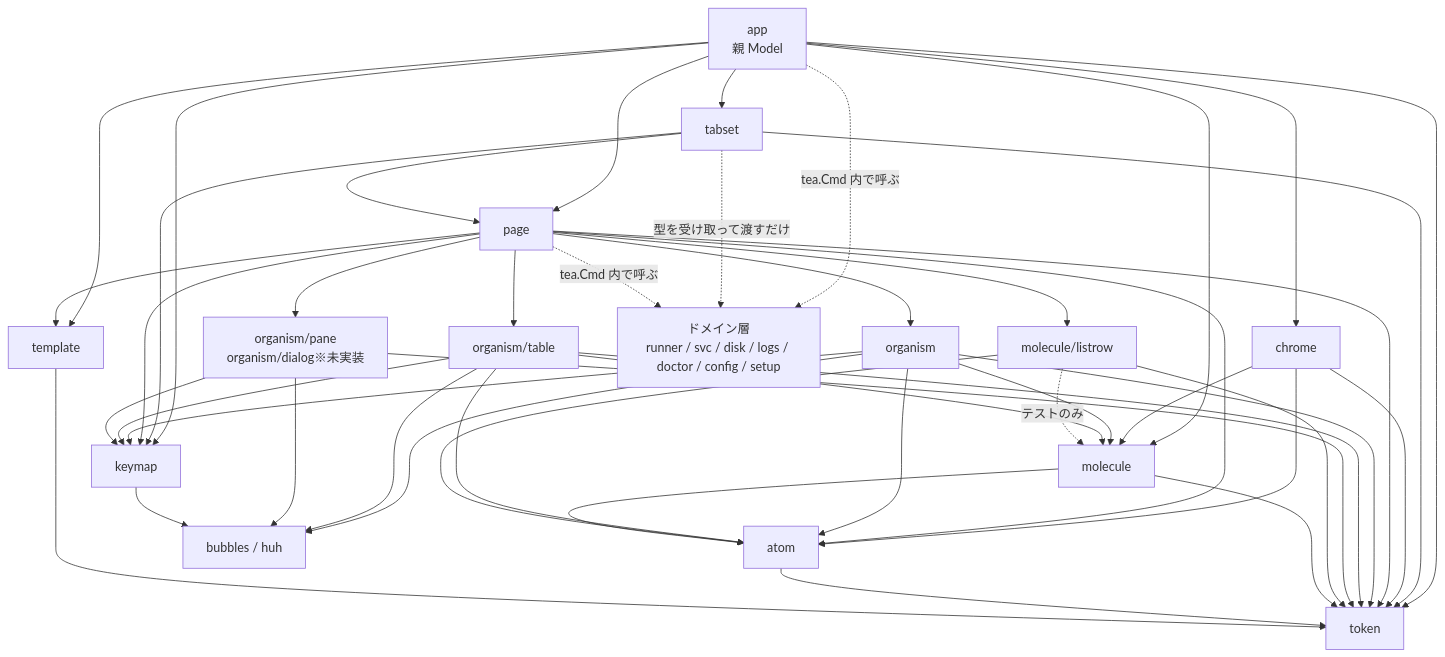
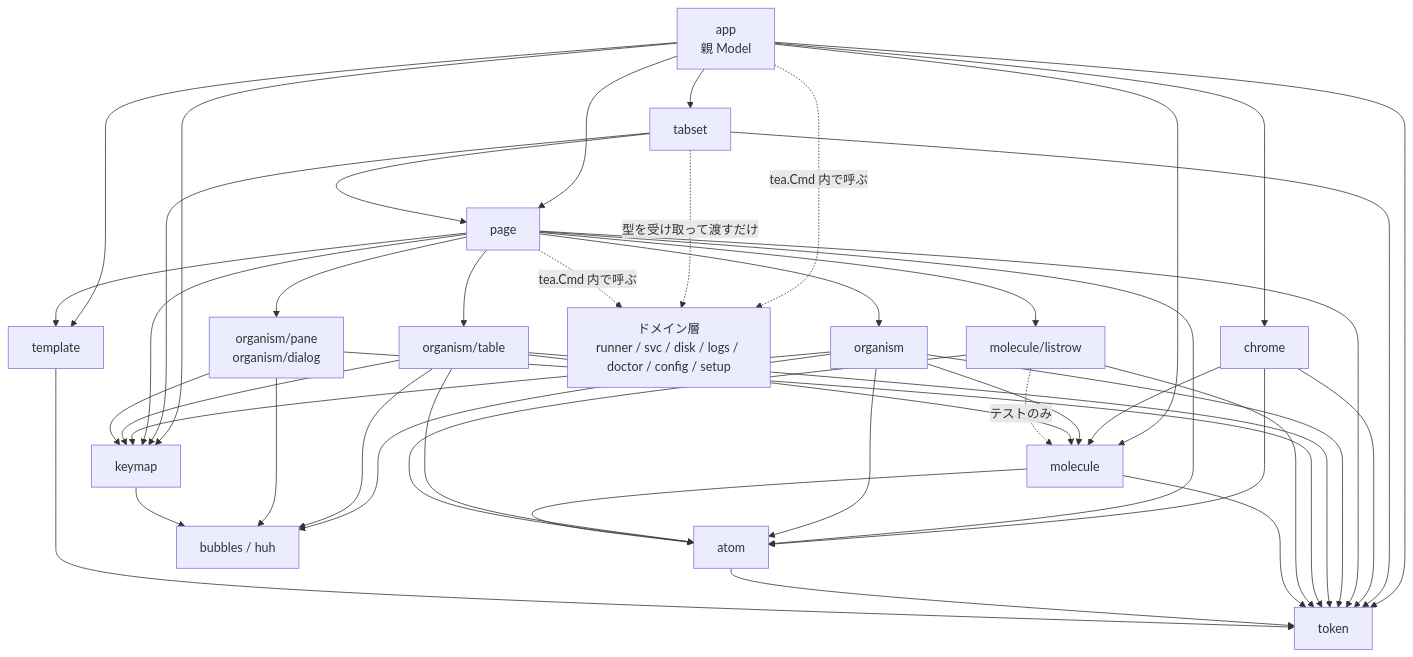
Before and after one commit to ousiassllc/gsr-helper: the second of 2 diagrams in docs/ui/atomic-design.md, drawn with Mermaid. The commit also changed other lines of this file and 27 other files, not shown here.

````diff
--- a/docs/ui/atomic-design.md
+++ b/docs/ui/atomic-design.md
@@ -95,65 +96,65 @@
 ```mermaid
 graph TD
     App[app<br/>親 Model]
     Tabs[tabset]
     Chrome[chrome]
     Page[page]
     Tmpl[template]
     Org[organism]
     OrgT[organism/table]
-    OrgP[organism/pane<br/>organism/dialog※未実装]
+    OrgP[organism/pane<br/>organism/dialog]
     Mol[molecule]
     Row[molecule/listrow]
     Atom[atom]
     Tok[token]
     Key[keymap]
 
     Domain[ドメイン層<br/>runner / svc / disk / logs / doctor / config / setup]
     Bub[bubbles / huh]
 
     App --> Tabs
     App --> Chrome
     App --> Page
     App --> Tmpl
     App --> Key
     App --> Mol
     App --> Tok
     App -.->|tea.Cmd 内で呼ぶ| Domain
     Tabs --> Page
     Tabs --> Key
     Tabs --> Tok
     Tabs -.->|型を受け取って渡すだけ| Domain
     Chrome --> Mol
     Chrome --> Atom
     Chrome --> Tok
     Page --> Tmpl
     Page --> Org
     Page --> OrgT
     Page --> OrgP
     Page --> Row
     Page --> Key
     Page --> Atom
     Page --> Tok
     Page -.->|tea.Cmd 内で呼ぶ| Domain
     Org --> Mol
     Org --> Atom
     Org --> Bub
     Org --> Key
     Org --> Tok
     OrgT --> Mol
     OrgT --> Atom
     OrgT --> Bub
     OrgT --> Key
     OrgT --> Tok
     OrgP --> Bub
     OrgP --> Key
     OrgP --> Tok
     Row --> Atom
     Row --> Tok
     Row -.->|テストのみ| Mol
     Mol --> Atom
     Mol --> Tok
     Atom --> Tok
     Tmpl --> Tok
     Key --> Bub
 ```
````
